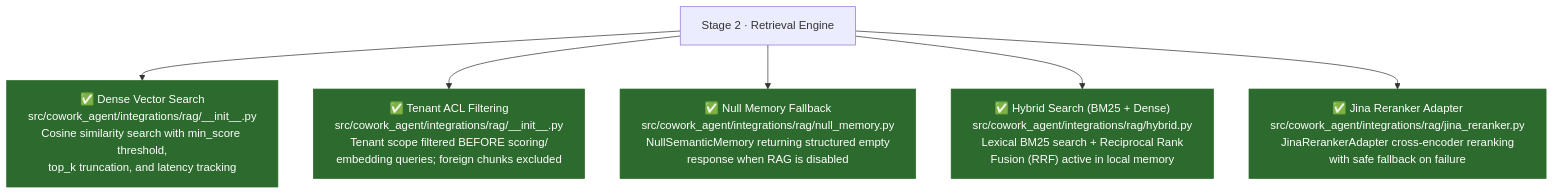
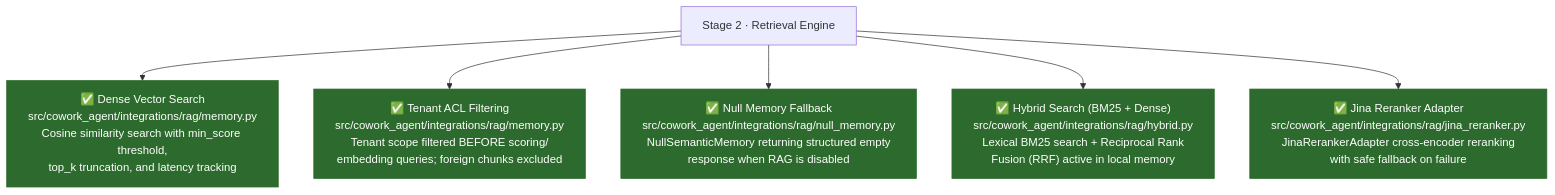
The third of 5 diagrams in docs/evaluations/email-rag/EMAIL-RAG-STATUS.md (MathematicGuy/EMAIL-AGENT-v1), drawn with Mermaid before and after one commit. The commit also changed other lines of this file and 45 other files, not shown here.

````diff
--- a/docs/evaluations/email-rag/EMAIL-RAG-STATUS.md
+++ b/docs/evaluations/email-rag/EMAIL-RAG-STATUS.md
@@ -48,14 +48,14 @@
 ```mermaid
 flowchart TD
-    S2["Stage 2 · Retrieval Engine"] --> C1["✅ Dense Vector Search\nsrc/cowork_agent/integrations/rag/__init__.py\nCosine similarity search with min_score threshold,\ntop_k truncation, and latency tracking"]
-    S2 --> C2["✅ Tenant ACL Filtering\nsrc/cowork_agent/integrations/rag/__init__.py\nTenant scope filtered BEFORE scoring/\nembedding queries; foreign chunks excluded"]
+    S2["Stage 2 · Retrieval Engine"] --> C1["✅ Dense Vector Search\nsrc/cowork_agent/integrations/rag/memory.py\nCosine similarity search with min_score threshold,\ntop_k truncation, and latency tracking"]
+    S2 --> C2["✅ Tenant ACL Filtering\nsrc/cowork_agent/integrations/rag/memory.py\nTenant scope filtered BEFORE scoring/\nembedding queries; foreign chunks excluded"]
     S2 --> C3["✅ Null Memory Fallback\nsrc/cowork_agent/integrations/rag/null_memory.py\nNullSemanticMemory returning structured empty\nresponse when RAG is disabled"]
     S2 --> C4["✅ Hybrid Search (BM25 + Dense)\nsrc/cowork_agent/integrations/rag/hybrid.py\nLexical BM25 search + Reciprocal Rank\nFusion (RRF) active in local memory"]
     S2 --> C5["✅ Jina Reranker Adapter\nsrc/cowork_agent/integrations/rag/jina_reranker.py\nJinaRerankerAdapter cross-encoder reranking\nwith safe fallback on failure"]
 
     style C1 fill:#2d6a2d,color:#fff,stroke:#2d6a2d
     style C2 fill:#2d6a2d,color:#fff,stroke:#2d6a2d
     style C3 fill:#2d6a2d,color:#fff,stroke:#2d6a2d
     style C4 fill:#2d6a2d,color:#fff,stroke:#2d6a2d
     style C5 fill:#2d6a2d,color:#fff,stroke:#2d6a2d
 ```
````
